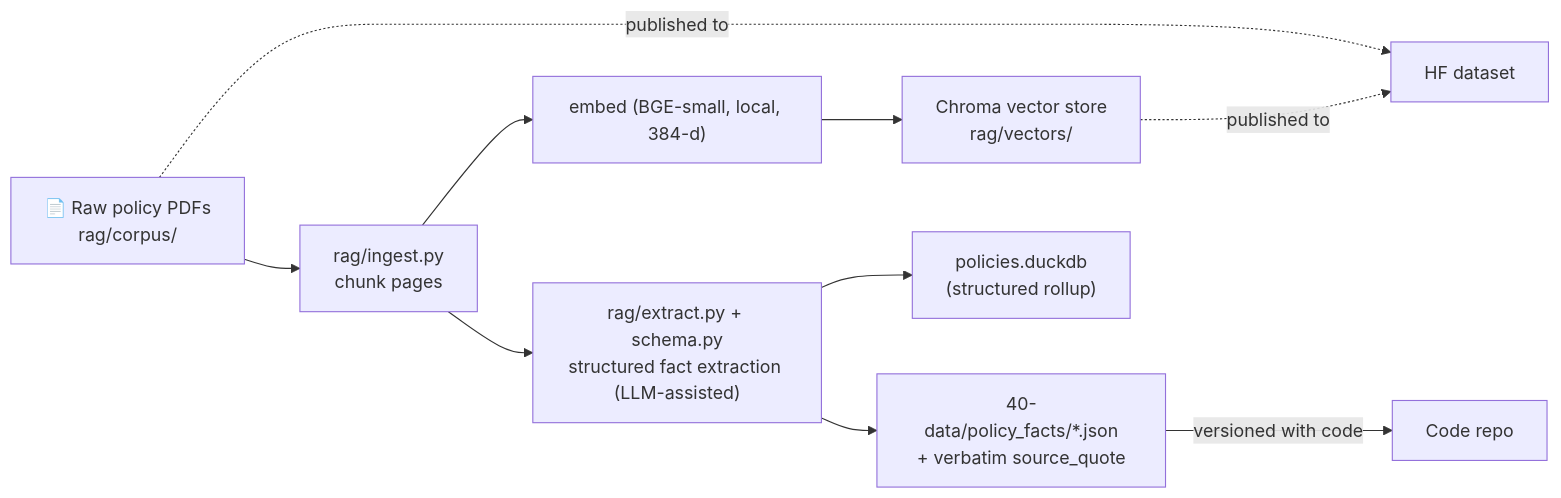
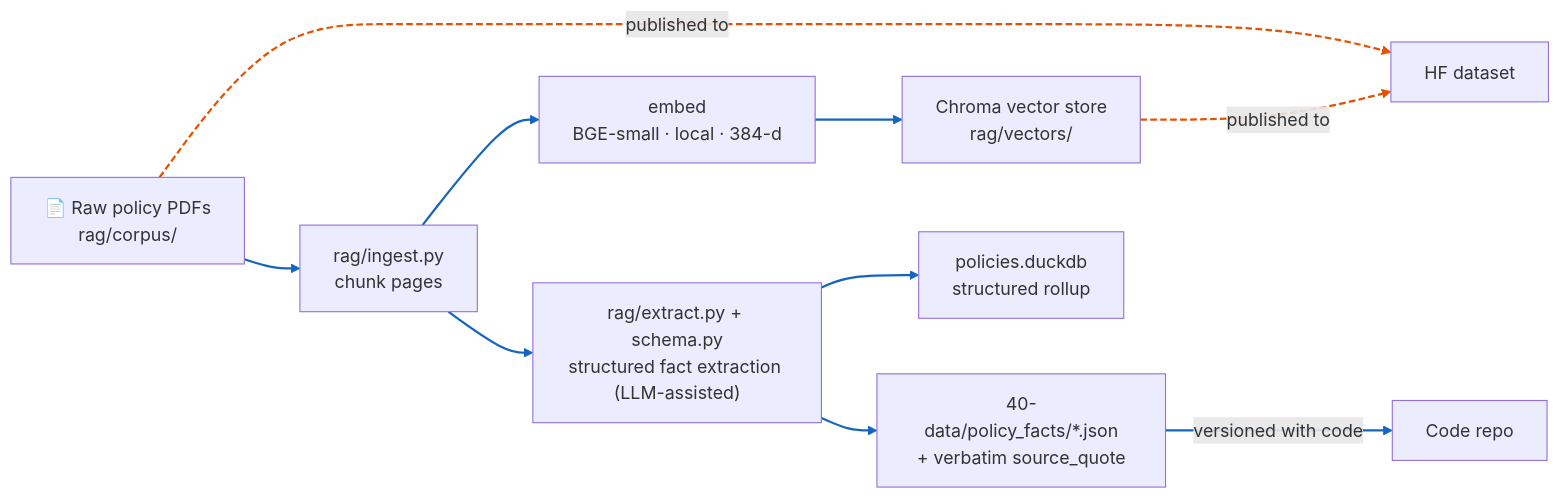
One commit to rohitsar567/insurance-sales-bot changed the eighth of 16 diagrams in README.md. Above: the diagram before and after it, drawn with Mermaid. The commit also changed other lines of this file, not shown here.

````diff
--- a/README.md
+++ b/README.md
@@ -615,12 +565,15 @@
 ```mermaid
 flowchart LR
     PDF["📄 Raw policy PDFs<br/>rag/corpus/"] --> ING["rag/ingest.py<br/>chunk pages"]
-    ING --> EMB["embed (BGE-small, local, 384-d)"]
+    ING --> EMB["embed<br/>BGE-small · local · 384-d"]
     EMB --> VEC["Chroma vector store<br/>rag/vectors/"]
     ING --> XT["rag/extract.py + schema.py<br/>structured fact extraction (LLM-assisted)"]
     XT --> JSON["40-data/policy_facts/*.json<br/>+ verbatim source_quote"]
-    XT --> DUCK["policies.duckdb<br/>(structured rollup)"]
+    XT --> DUCK["policies.duckdb<br/>structured rollup"]
     VEC -.->|"published to"| HFD["HF dataset"]
     PDF -.->|"published to"| HFD
     JSON -->|"versioned with code"| CODE["Code repo"]
+
+    linkStyle 0,1,2,3,4,5,8 stroke:#1565c0,stroke-width:2px
+    linkStyle 6,7 stroke:#e65100,stroke-width:2px,stroke-dasharray:6 3
 ```
````
